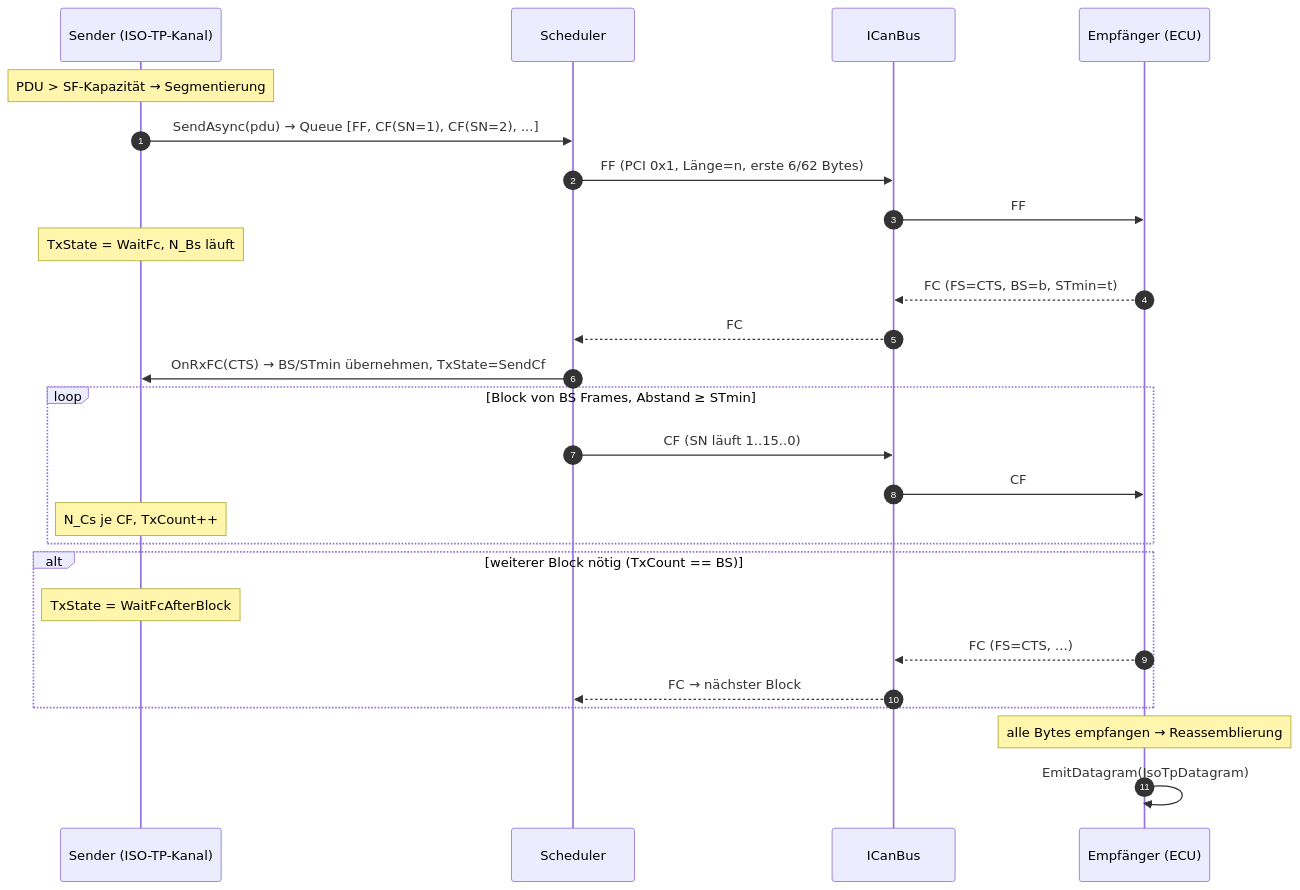
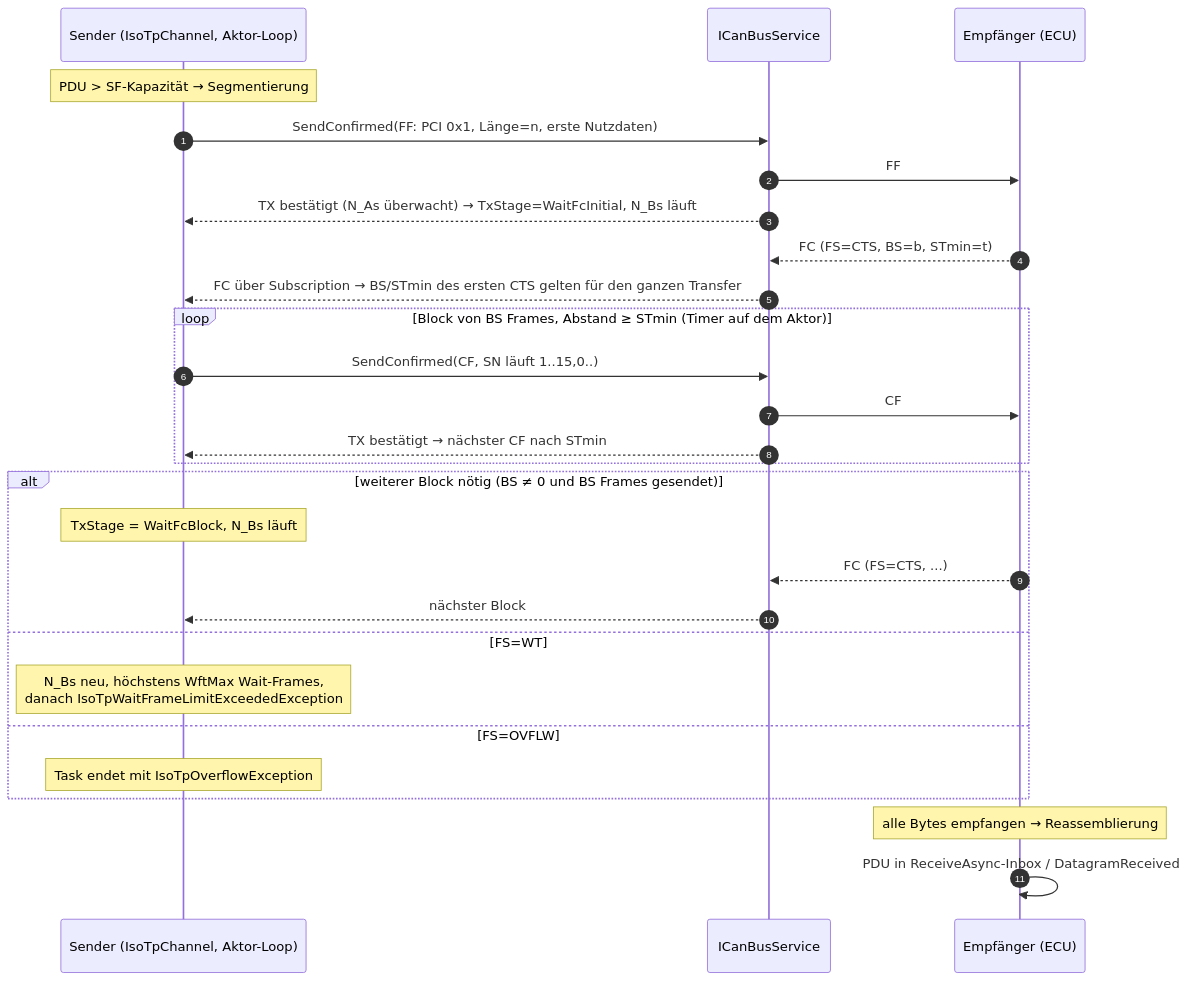
One commit to dborgards/CanKit.Pro changed the ninth of 19 diagrams in docs/architecture/arc42-CanKit.Pro.md. Above: the diagram before and after it, drawn with Mermaid. The commit also changed other lines of this file and 1 other file, not shown here.

First line of the commit message:
docs: sync arc42 and SRS with the tree (net10.0, ISO-TP shipped, default branch main)

````diff
--- a/docs/architecture/arc42-CanKit.Pro.md
+++ b/docs/architecture/arc42-CanKit.Pro.md
@@ -650,29 +648,30 @@
 ```mermaid
 sequenceDiagram
     autonumber
-    participant S as Sender (ISO-TP-Kanal)
-    participant Sched as Scheduler
-    participant Bus as ICanBus
+    participant S as Sender (IsoTpChannel, Aktor-Loop)
+    participant Svc as ICanBusService
     participant R as Empfänger (ECU)
 
     Note over S: PDU > SF-Kapazität → Segmentierung
-    S->>Sched: SendAsync(pdu) → Queue [FF, CF(SN=1), CF(SN=2), ...]
-    Sched->>Bus: FF (PCI 0x1, Länge=n, erste 6/62 Bytes)
-    Bus->>R: FF
-    Note over S: TxState = WaitFc, N_Bs läuft
-    R-->>Bus: FC (FS=CTS, BS=b, STmin=t)
-    Bus-->>Sched: FC
-    Sched->>S: OnRxFC(CTS) → BS/STmin übernehmen, TxState=SendCf
-    loop Block von BS Frames, Abstand ≥ STmin
-        Sched->>Bus: CF (SN läuft 1..15..0)
-        Bus->>R: CF
-        Note over S: N_Cs je CF, TxCount++
+    S->>Svc: SendConfirmed(FF: PCI 0x1, Länge=n, erste Nutzdaten)
+    Svc->>R: FF
+    Svc-->>S: TX bestätigt (N_As überwacht) → TxStage=WaitFcInitial, N_Bs läuft
+    R-->>Svc: FC (FS=CTS, BS=b, STmin=t)
+    Svc-->>S: FC über Subscription → BS/STmin des ersten CTS gelten für den ganzen Transfer
+    loop Block von BS Frames, Abstand ≥ STmin (Timer auf dem Aktor)
+        S->>Svc: SendConfirmed(CF, SN läuft 1..15,0..)
+        Svc->>R: CF
+        Svc-->>S: TX bestätigt → nächster CF nach STmin
     end
-    alt weiterer Block nötig (TxCount == BS)
-        Note over S: TxState = WaitFcAfterBlock
-        R-->>Bus: FC (FS=CTS, ...)
-        Bus-->>Sched: FC → nächster Block
+    alt weiterer Block nötig (BS ≠ 0 und BS Frames gesendet)
+        Note over S: TxStage = WaitFcBlock, N_Bs läuft
+        R-->>Svc: FC (FS=CTS, ...)
+        Svc-->>S: nächster Block
+    else FS=WT
+        Note over S: N_Bs neu, höchstens WftMax Wait-Frames,<br/>danach IsoTpWaitFrameLimitExceededException
+    else FS=OVFLW
+        Note over S: Task endet mit IsoTpOverflowException
     end
     Note over R: alle Bytes empfangen → Reassemblierung
-    R->>R: EmitDatagram(IsoTpDatagram)
+    R->>R: PDU in ReceiveAsync-Inbox / DatagramReceived
 ```
````
